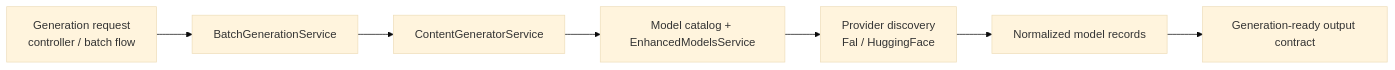
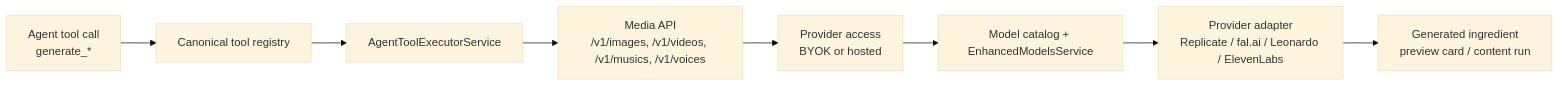
Before and after one commit to genfeedai/genfeed.ai: the diagram in apps/docs/content/core-loop/generation-service.mdx, drawn with Mermaid (base theme). The commit also changed other lines of this file, not shown here.

Commit message:
docs: document generate tool surface

````diff
--- a/apps/docs/content/core-loop/generation-service.mdx
+++ b/apps/docs/content/core-loop/generation-service.mdx
@@ -38,9 +71,10 @@
 ```mermaid
 flowchart LR
-  A["Generation request\ncontroller / batch flow"] --> B["BatchGenerationService"]
-  B --> C["ContentGeneratorService"]
-  C --> D["Model catalog + EnhancedModelsService"]
-  D --> E["Provider discovery\nFal / HuggingFace"]
-  E --> F["Normalized model records"]
-  F --> G["Generation-ready output contract"]
+  A["Agent tool call\ngenerate_*"] --> B["Canonical tool registry"]
+  B --> C["AgentToolExecutorService"]
+  C --> D["Media API\n/v1/images, /v1/videos, /v1/musics, /v1/voices"]
+  D --> E["Provider access\nBYOK or hosted"]
+  E --> F["Model catalog + EnhancedModelsService"]
+  F --> G["Provider adapter\nReplicate / fal.ai / Leonardo / ElevenLabs"]
+  G --> H["Generated ingredient\npreview card / content run"]
 ```
````
